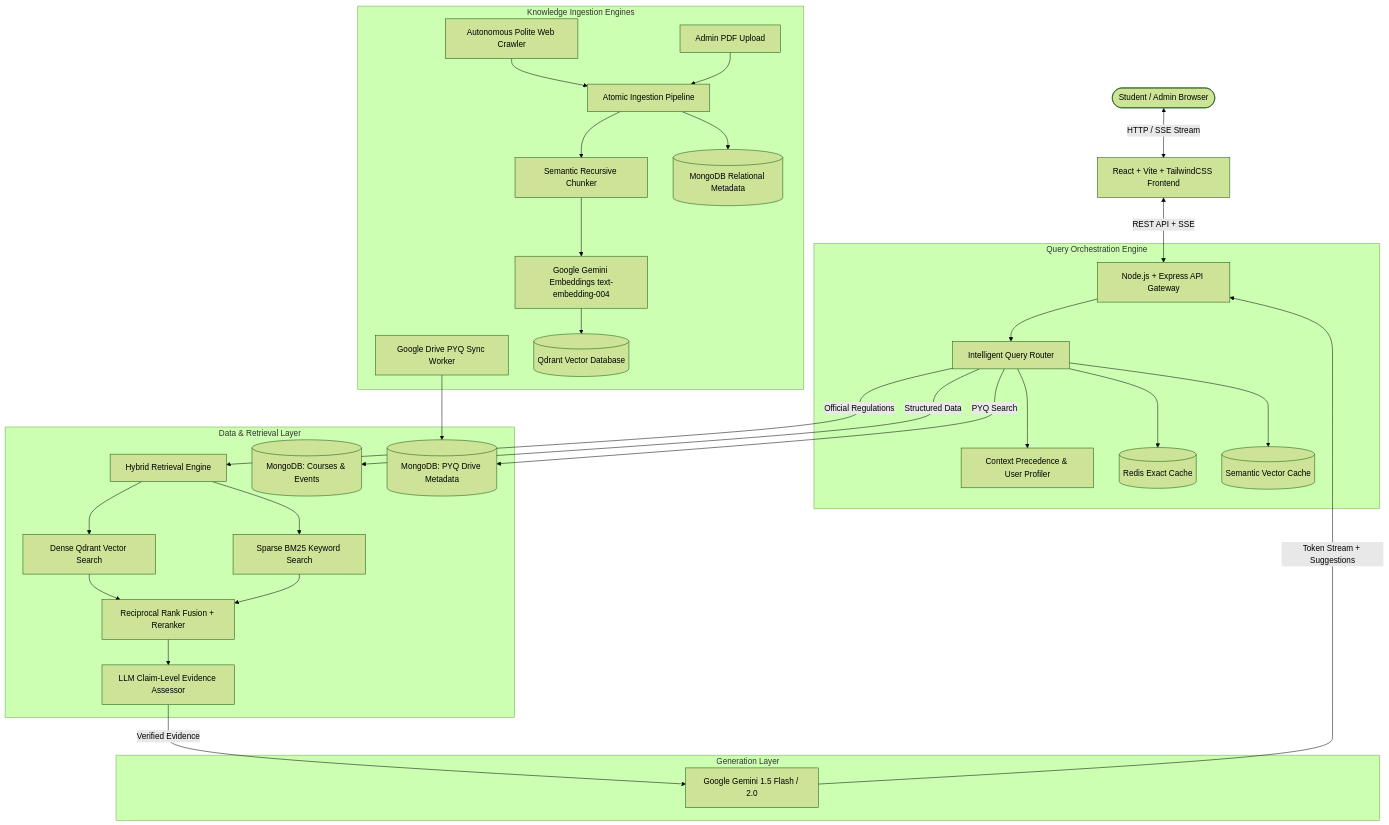
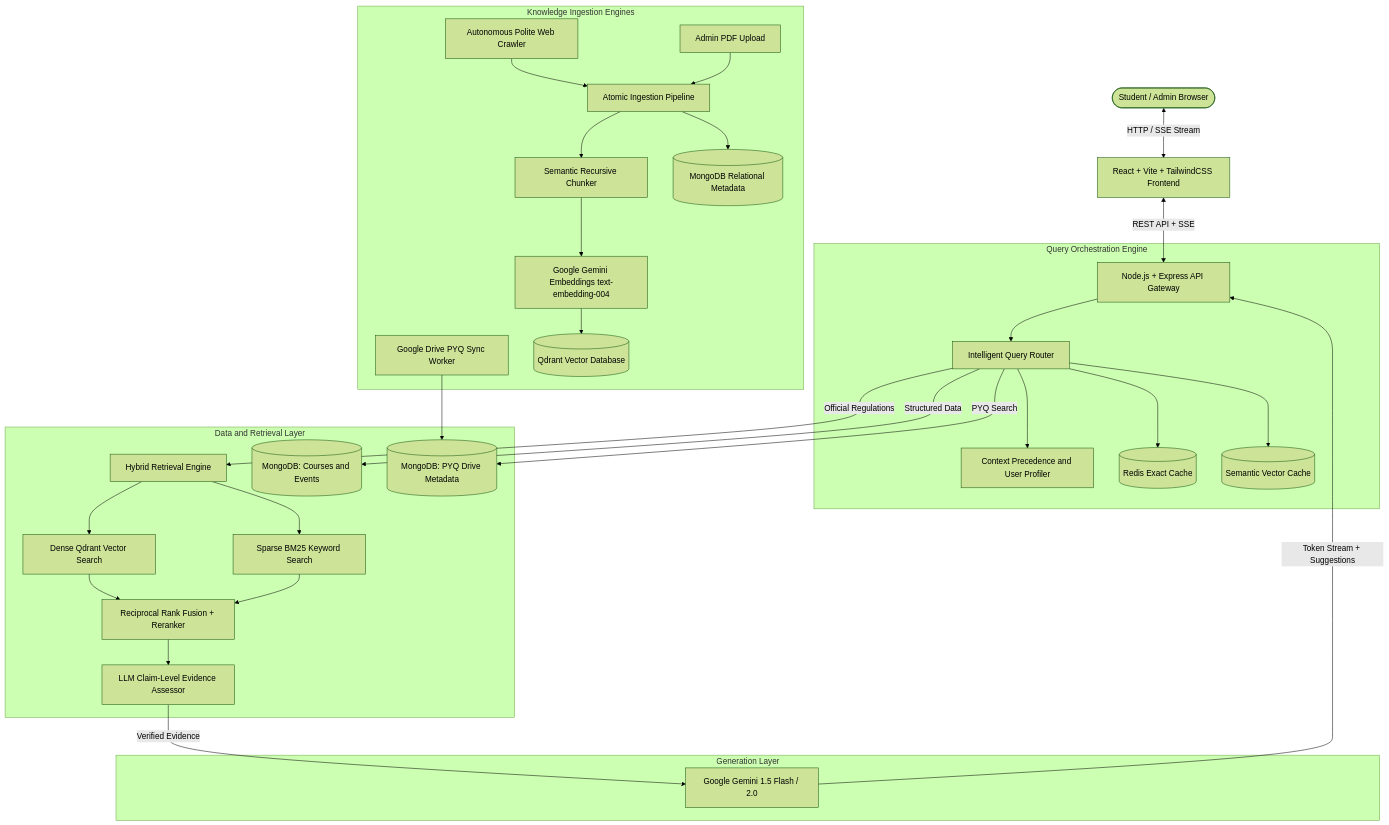
The first of 2 diagrams in README.md (Abhirock73/campusgpt-rag), drawn with Mermaid (forest theme) before and after one commit. The commit also changed other lines of this file, not shown here.

Commit message:
Fix formatting and update text in README.md

````diff
--- a/README.md
+++ b/README.md
@@ -51,38 +51,39 @@
 ```mermaid
 flowchart TD
-    User([Student / Admin Browser]) <-->|HTTP / SSE Stream| Frontend[React + Vite + TailwindCSS Frontend]
-    Frontend <-->|REST API + SSE| Backend[Node.js + Express API Gateway]
+    User(["Student / Admin Browser"]) <-->|"HTTP / SSE Stream"| Frontend["React + Vite + TailwindCSS Frontend"]
+    Frontend <-->|"REST API + SSE"| Backend["Node.js + Express API Gateway"]
 
-    subgraph "Query Orchestration Engine"
-        Backend --> Router[Intelligent Query Router]
-        Router --> ContextResolver[Context Precedence & User Profiler]
-        Router --> ExactCache[(Redis Exact Cache)]
-        Router --> SemanticCache[(Semantic Vector Cache)]
+    subgraph QO["Query Orchestration Engine"]
+        Backend --> Router["Intelligent Query Router"]
+        Router --> ContextResolver["Context Precedence and User Profiler"]
+        Router --> ExactCache[("Redis Exact Cache")]
+        Router --> SemanticCache[("Semantic Vector Cache")]
     end
 
-    subgraph "Data & Retrieval Layer"
-        Router -->|Official Regulations| HybridRetriever[Hybrid Retrieval Engine]
-        HybridRetriever --> VectorSearch[Dense Qdrant Vector Search]
-        HybridRetriever --> BM25Search[Sparse BM25 Keyword Search]
-        VectorSearch & BM25Search --> RRF[Reciprocal Rank Fusion + Reranker]
-        RRF --> EvidenceAssessor[LLM Claim-Level Evidence Assessor]
-        
-        Router -->|Structured Data| MongoCourses[(MongoDB: Courses & Events)]
-        Router -->|PYQ Search| PyqEngine[(MongoDB: PYQ Drive Metadata)]
+    subgraph DR["Data and Retrieval Layer"]
+        Router -->|"Official Regulations"| HybridRetriever["Hybrid Retrieval Engine"]
+        HybridRetriever --> VectorSearch["Dense Qdrant Vector Search"]
+        HybridRetriever --> BM25Search["Sparse BM25 Keyword Search"]
+        VectorSearch --> RRF["Reciprocal Rank Fusion + Reranker"]
+        BM25Search --> RRF
+        RRF --> EvidenceAssessor["LLM Claim-Level Evidence Assessor"]
+
+        Router -->|"Structured Data"| MongoCourses[("MongoDB: Courses and Events")]
+        Router -->|"PYQ Search"| PyqEngine[("MongoDB: PYQ Drive Metadata")]
     end
 
-    subgraph "Knowledge Ingestion Engines"
-        Crawler[Autonomous Polite Web Crawler] --> IngestionPipe[Atomic Ingestion Pipeline]
-        DriveSync[Google Drive PYQ Sync Worker] --> PyqEngine
-        ManualUpload[Admin PDF Upload] --> IngestionPipe
-        IngestionPipe --> Chunker[Semantic Recursive Chunker]
-        Chunker --> Embedder[Google Gemini Embeddings text-embedding-004]
-        Embedder --> QdrantDB[(Qdrant Vector Database)]
-        IngestionPipe --> MongoDB[(MongoDB Relational Metadata)]
+    subgraph KI["Knowledge Ingestion Engines"]
+        Crawler["Autonomous Polite Web Crawler"] --> IngestionPipe["Atomic Ingestion Pipeline"]
+        DriveSync["Google Drive PYQ Sync Worker"] --> PyqEngine
+        ManualUpload["Admin PDF Upload"] --> IngestionPipe
+        IngestionPipe --> Chunker["Semantic Recursive Chunker"]
+        Chunker --> Embedder["Google Gemini Embeddings text-embedding-004"]
+        Embedder --> QdrantDB[("Qdrant Vector Database")]
+        IngestionPipe --> MongoDB[("MongoDB Relational Metadata")]
     end
 
-    subgraph "Generation Layer"
-        EvidenceAssessor -->|Verified Evidence| LLM[Google Gemini 1.5 Flash / 2.0]
-        LLM -->|Token Stream + Suggestions| Backend
+    subgraph GL["Generation Layer"]
+        EvidenceAssessor -->|"Verified Evidence"| LLM["Google Gemini 1.5 Flash / 2.0"]
+        LLM -->|"Token Stream + Suggestions"| Backend
     end
 ```
````
